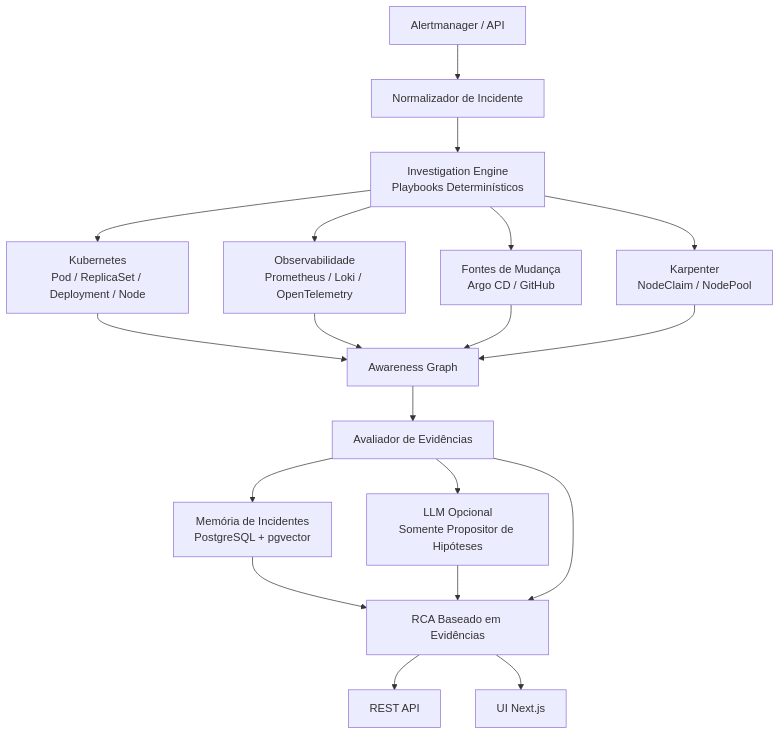
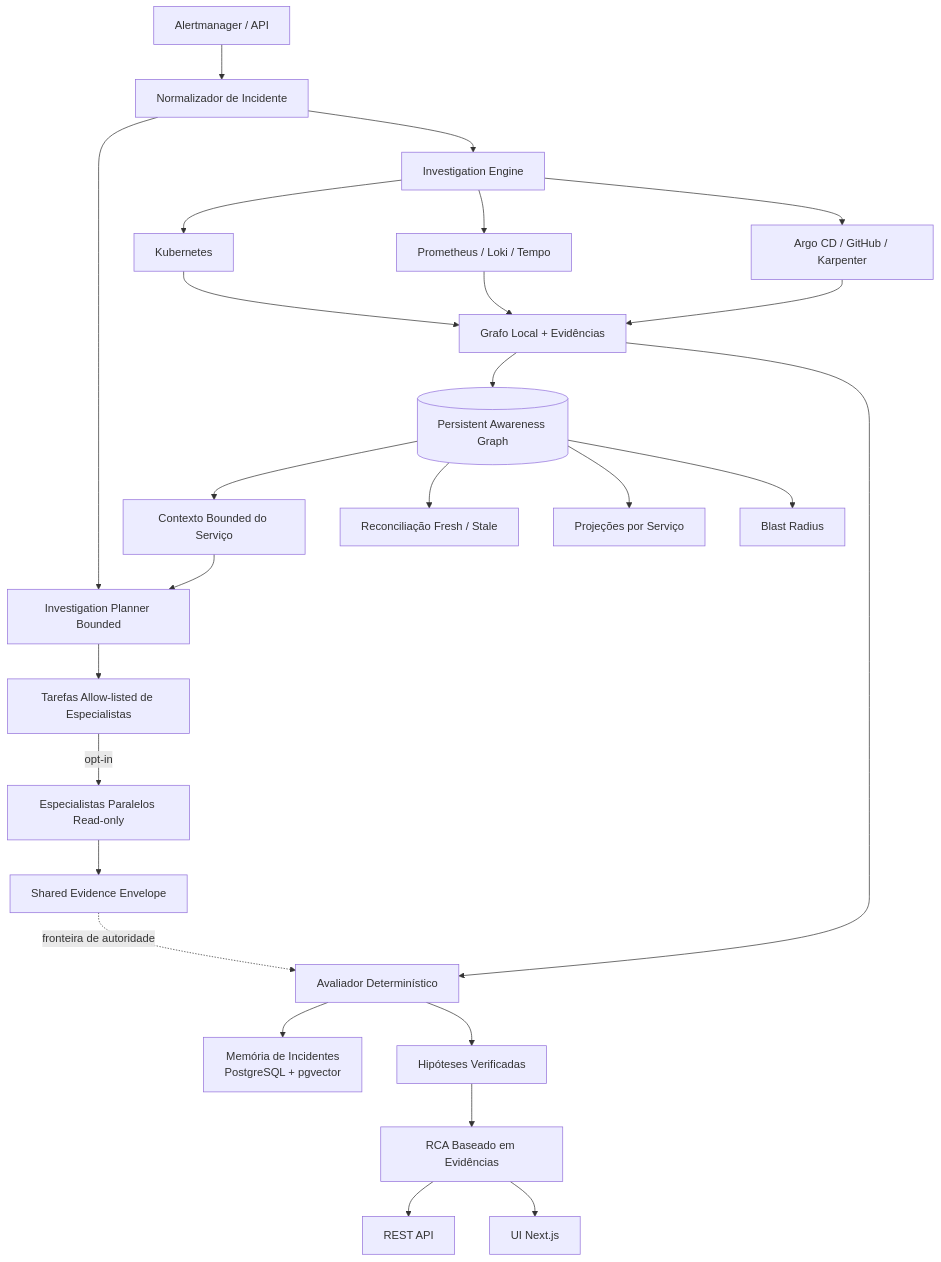
Before and after one commit to marcocristofolini/ai-sre-rca: the first of 7 diagrams in README_PT-BR.md, drawn with Mermaid. The commit also changed other lines of this file and 38 other files, not shown here.

First line of the commit message:
feat: v0.8 persistent awareness graph foundation (#18)

````diff
--- a/README_PT-BR.md
+++ b/README_PT-BR.md
@@ -81,26 +113,32 @@
 ```mermaid
 flowchart TD
-    A[Alertmanager / API] --> B[Normalizador de Incidente]
-    B --> C[Investigation Engine<br/>Playbooks Determinísticos]
+    A[Alertmanager / API] --> N[Normalizador de Incidente]
+    N --> P[Investigation Planner Bounded]
+    N --> E[Investigation Engine]
 
-    C --> K[Kubernetes<br/>Pod / ReplicaSet / Deployment / Node]
-    C --> O[Observabilidade<br/>Prometheus / Loki / OpenTelemetry]
-    C --> CH[Fontes de Mudança<br/>Argo CD / GitHub]
-    C --> KA[Karpenter<br/>NodeClaim / NodePool]
+    G[(Persistent Awareness Graph)] --> C[Contexto Bounded do Serviço]
+    C --> P
+    P --> T[Tarefas Allow-listed de Especialistas]
+    T -->|opt-in| X[Especialistas Paralelos Read-only]
+    X --> SE[Shared Evidence Envelope]
 
-    K --> G[Awareness Graph]
-    O --> G
-    CH --> G
-    KA --> G
+    E --> K[Kubernetes]
+    E --> O[Prometheus / Loki / Tempo]
+    E --> CH[Argo CD / GitHub / Karpenter]
+    K --> L[Grafo Local + Evidências]
+    O --> L
+    CH --> L
 
-    G --> E[Avaliador de Evidências]
-    E --> M[Memória de Incidentes<br/>PostgreSQL + pgvector]
-    E --> L[LLM Opcional<br/>Somente Propositor de Hipóteses]
+    L --> G
+    G --> R[Reconciliação Fresh / Stale]
+    G --> S[Projeções por Serviço]
+    G --> B[Blast Radius]
 
-    M --> R[RCA Baseado em Evidências]
-    L --> R
-    E --> R
-
-    R --> API[REST API]
-    R --> UI[UI Next.js]
+    L --> D[Avaliador Determinístico]
+    SE -. fronteira de autoridade .-> D
+    D --> M[Memória de Incidentes<br/>PostgreSQL + pgvector]
+    D --> H[Hipóteses Verificadas]
+    H --> RCA[RCA Baseado em Evidências]
+    RCA --> API[REST API]
+    RCA --> UI[UI Next.js]
 ```
````
